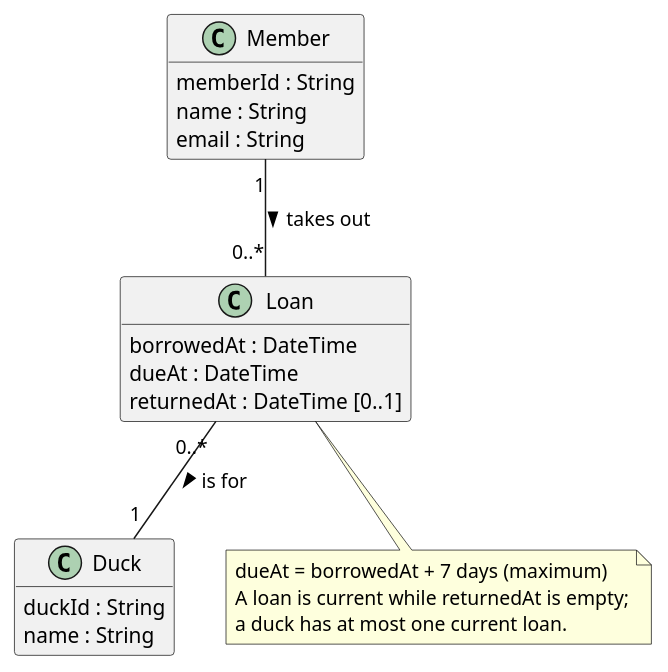
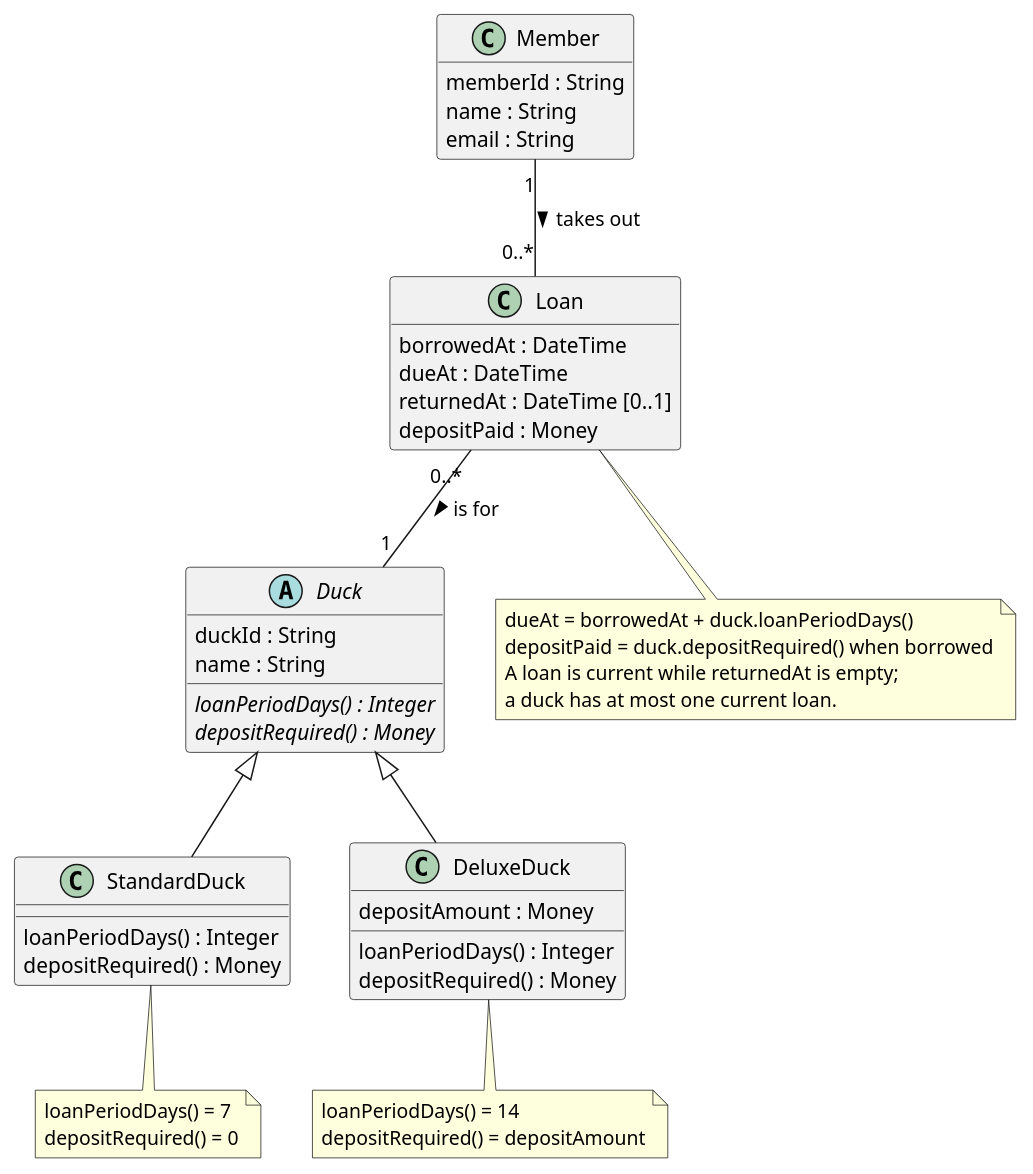
Before and after one commit to chaw678/week5-lab: the diagram in diagrams/class-diagram.puml, drawn with PlantUML. The commit also changed 3 other files, not shown here.

Commit message:
Add Deluxe Duck with 14-day loan and returnable deposit

```diff
--- a/diagrams/class-diagram.puml
+++ b/diagrams/class-diagram.puml
@@ -1,29 +1,57 @@
 @startuml
 hide empty methods
 
 class Member {
   memberId : String
   name : String
   email : String
 }
 
-class Duck {
+abstract class Duck {
   duckId : String
   name : String
+  {abstract} loanPeriodDays() : Integer
+  {abstract} depositRequired() : Money
+}
+
+class StandardDuck {
+  loanPeriodDays() : Integer
+  depositRequired() : Money
+}
+
+class DeluxeDuck {
+  depositAmount : Money
+  loanPeriodDays() : Integer
+  depositRequired() : Money
 }
 
 class Loan {
   borrowedAt : DateTime
   dueAt : DateTime
   returnedAt : DateTime [0..1]
+  depositPaid : Money
 }
+
+Duck <|-- StandardDuck
+Duck <|-- DeluxeDuck
 
 Member "1" -- "0..*" Loan : takes out >
 Loan "0..*" -- "1" Duck : is for >
 
+note bottom of StandardDuck
+  loanPeriodDays() = 7
+  depositRequired() = 0
+end note
+
+note bottom of DeluxeDuck
+  loanPeriodDays() = 14
+  depositRequired() = depositAmount
+end note
+
 note bottom of Loan
-  dueAt = borrowedAt + 7 days (maximum)
+  dueAt = borrowedAt + duck.loanPeriodDays()
+  depositPaid = duck.depositRequired() when borrowed
   A loan is current while returnedAt is empty;
   a duck has at most one current loan.
 end note
 @enduml
```
